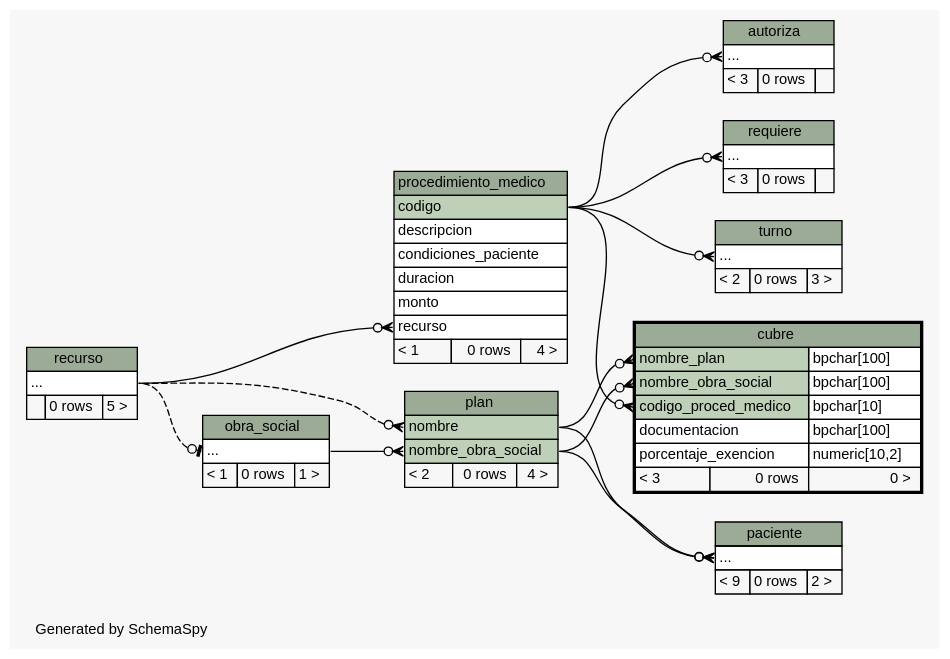
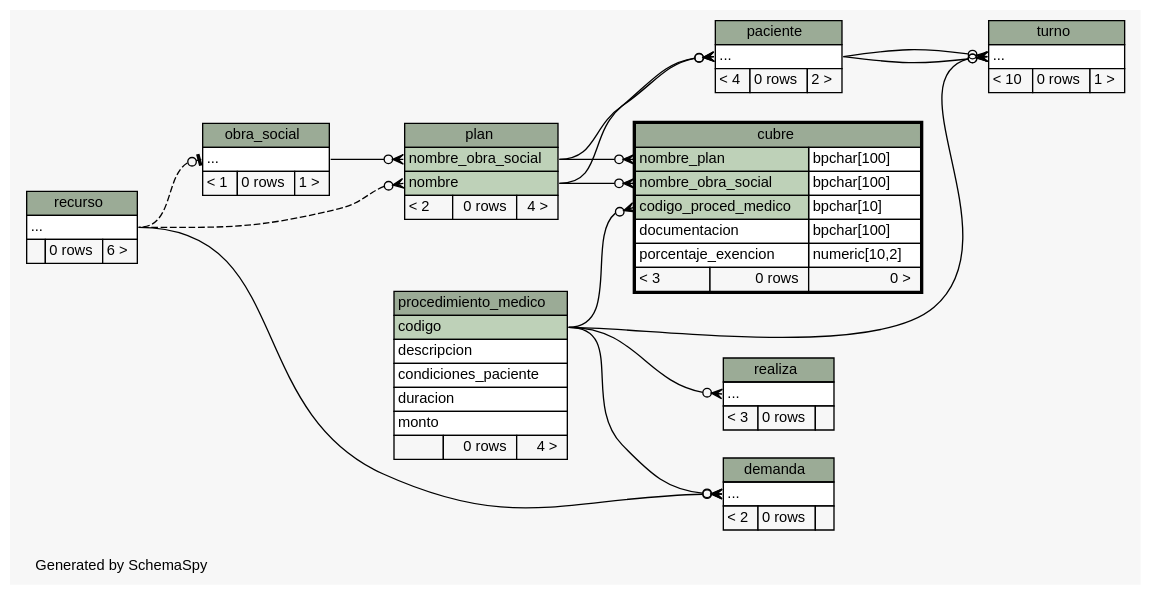
Before and after one commit to smpiano/bd-1cuat-2014-agenda-med: the diagram in tp1/build/schema/diagrams/cubre.implied2degrees.dot, drawn with Graphviz. The commit also changed 165 other files, not shown here.

```diff
--- a/tp1/build/schema/diagrams/cubre.implied2degrees.dot
+++ b/tp1/build/schema/diagrams/cubre.implied2degrees.dot
@@ -1,134 +1,135 @@
 // dot 2.26.3 on Linux 3.8.0-35-generic
 // SchemaSpy rev 590
 digraph "impliedTwoDegreesRelationshipsDiagram" {
   graph [
     rankdir="RL"
     bgcolor="#f7f7f7"
     label="\nGenerated by SchemaSpy"
     labeljust="l"
     nodesep="0.18"
     ranksep="0.46"
     fontname="Helvetica"
     fontsize="11"
   ];
   node [
     fontname="Helvetica"
     fontsize="11"
     shape="plaintext"
   ];
   edge [
     arrowsize="0.8"
   ];
-  "autoriza":"elipses":w -> "procedimiento_medico":"codigo":e [arrowhead=none dir=back arrowtail=crowodot];
   "cubre":"codigo_proced_medico":w -> "procedimiento_medico":"codigo":e [arrowhead=none dir=back arrowtail=crowodot];
-  "cubre":"nombre_obra_social":w -> "plan":"nombre_obra_social":e [arrowhead=none dir=back arrowtail=crowodot];
-  "cubre":"nombre_plan":w -> "plan":"nombre":e [arrowhead=none dir=back arrowtail=crowodot];
+  "cubre":"nombre_obra_social":w -> "plan":"nombre":e [arrowhead=none dir=back arrowtail=crowodot];
+  "cubre":"nombre_plan":w -> "plan":"nombre_obra_social":e [arrowhead=none dir=back arrowtail=crowodot];
+  "demanda":"elipses":w -> "procedimiento_medico":"codigo":e [arrowhead=none dir=back arrowtail=crowodot];
+  "demanda":"elipses":w -> "recurso":"elipses":e [arrowhead=none dir=back arrowtail=crowodot];
   "obra_social":"elipses":w -> "recurso":"elipses":e [arrowhead=none dir=back arrowtail=teeodot style=dashed];
+  "paciente":"elipses":w -> "plan":"nombre":e [arrowhead=none dir=back arrowtail=crowodot];
   "paciente":"elipses":w -> "plan":"nombre_obra_social":e [arrowhead=none dir=back arrowtail=crowodot];
-  "paciente":"elipses":w -> "plan":"nombre":e [arrowhead=none dir=back arrowtail=crowodot];
   "plan":"nombre":w -> "recurso":"elipses":e [arrowhead=none dir=back arrowtail=crowodot style=dashed];
   "plan":"nombre_obra_social":w -> "obra_social":"elipses":e [arrowhead=none dir=back arrowtail=crowodot];
-  "procedimiento_medico":"recurso":w -> "recurso":"elipses":e [arrowhead=none dir=back arrowtail=crowodot];
-  "requiere":"elipses":w -> "procedimiento_medico":"codigo":e [arrowhead=none dir=back arrowtail=crowodot];
+  "realiza":"elipses":w -> "procedimiento_medico":"codigo":e [arrowhead=none dir=back arrowtail=crowodot];
   "turno":"elipses":w -> "procedimiento_medico":"codigo":e [arrowhead=none dir=back arrowtail=crowodot];
-  "autoriza" [
-    label=<
-    <TABLE BORDER="0" CELLBORDER="1" CELLSPACING="0" BGCOLOR="#ffffff">
-      <TR><TD COLSPAN="3" BGCOLOR="#9bab96" ALIGN="CENTER">autoriza</TD></TR>
-      <TR><TD PORT="elipses" COLSPAN="3" ALIGN="LEFT">...</TD></TR>
-      <TR><TD ALIGN="LEFT" BGCOLOR="#f7f7f7">&lt; 3</TD><TD ALIGN="RIGHT" BGCOLOR="#f7f7f7">0 rows</TD><TD ALIGN="RIGHT" BGCOLOR="#f7f7f7">  </TD></TR>
-    </TABLE>>
-    URL="autoriza.html"
-    tooltip="autoriza"
-  ];
+  "turno":"elipses":w -> "paciente":"elipses":e [arrowhead=none dir=back arrowtail=crowodot];
+  "turno":"elipses":w -> "paciente":"elipses":e [arrowhead=none dir=back arrowtail=crowodot];
   "cubre" [
     label=<
     <TABLE BORDER="2" CELLBORDER="1" CELLSPACING="0" BGCOLOR="#ffffff">
       <TR><TD COLSPAN="3" BGCOLOR="#9bab96" ALIGN="CENTER">cubre</TD></TR>
       <TR><TD PORT="nombre_plan" COLSPAN="2" BGCOLOR="#bed1b8" ALIGN="LEFT">nombre_plan</TD><TD PORT="nombre_plan.type" ALIGN="LEFT">bpchar[100]</TD></TR>
       <TR><TD PORT="nombre_obra_social" COLSPAN="2" BGCOLOR="#bed1b8" ALIGN="LEFT">nombre_obra_social</TD><TD PORT="nombre_obra_social.type" ALIGN="LEFT">bpchar[100]</TD></TR>
       <TR><TD PORT="codigo_proced_medico" COLSPAN="2" BGCOLOR="#bed1b8" ALIGN="LEFT">codigo_proced_medico</TD><TD PORT="codigo_proced_medico.type" ALIGN="LEFT">bpchar[10]</TD></TR>
       <TR><TD PORT="documentacion" COLSPAN="2" ALIGN="LEFT">documentacion</TD><TD PORT="documentacion.type" ALIGN="LEFT">bpchar[100]</TD></TR>
       <TR><TD PORT="porcentaje_exencion" COLSPAN="2" ALIGN="LEFT">porcentaje_exencion</TD><TD PORT="porcentaje_exencion.type" ALIGN="LEFT">numeric[10,2]</TD></TR>
       <TR><TD ALIGN="LEFT" BGCOLOR="#f7f7f7">&lt; 3</TD><TD ALIGN="RIGHT" BGCOLOR="#f7f7f7">0 rows</TD><TD ALIGN="RIGHT" BGCOLOR="#f7f7f7">0 &gt;</TD></TR>
     </TABLE>>
     URL="cubre.html"
     tooltip="cubre"
+  ];
+  "demanda" [
+    label=<
+    <TABLE BORDER="0" CELLBORDER="1" CELLSPACING="0" BGCOLOR="#ffffff">
+      <TR><TD COLSPAN="3" BGCOLOR="#9bab96" ALIGN="CENTER">demanda</TD></TR>
+      <TR><TD PORT="elipses" COLSPAN="3" ALIGN="LEFT">...</TD></TR>
+      <TR><TD ALIGN="LEFT" BGCOLOR="#f7f7f7">&lt; 2</TD><TD ALIGN="RIGHT" BGCOLOR="#f7f7f7">0 rows</TD><TD ALIGN="RIGHT" BGCOLOR="#f7f7f7">  </TD></TR>
+    </TABLE>>
+    URL="demanda.html"
+    tooltip="demanda"
   ];
   "obra_social" [
     label=<
     <TABLE BORDER="0" CELLBORDER="1" CELLSPACING="0" BGCOLOR="#ffffff">
       <TR><TD COLSPAN="3" BGCOLOR="#9bab96" ALIGN="CENTER">obra_social</TD></TR>
       <TR><TD PORT="elipses" COLSPAN="3" ALIGN="LEFT">...</TD></TR>
       <TR><TD ALIGN="LEFT" BGCOLOR="#f7f7f7">&lt; 1</TD><TD ALIGN="RIGHT" BGCOLOR="#f7f7f7">0 rows</TD><TD ALIGN="RIGHT" BGCOLOR="#f7f7f7">1 &gt;</TD></TR>
     </TABLE>>
     URL="obra_social.html"
     tooltip="obra_social"
   ];
   "paciente" [
     label=<
     <TABLE BORDER="0" CELLBORDER="1" CELLSPACING="0" BGCOLOR="#ffffff">
       <TR><TD COLSPAN="3" BGCOLOR="#9bab96" ALIGN="CENTER">paciente</TD></TR>
       <TR><TD PORT="elipses" COLSPAN="3" ALIGN="LEFT">...</TD></TR>
-      <TR><TD ALIGN="LEFT" BGCOLOR="#f7f7f7">&lt; 9</TD><TD ALIGN="RIGHT" BGCOLOR="#f7f7f7">0 rows</TD><TD ALIGN="RIGHT" BGCOLOR="#f7f7f7">2 &gt;</TD></TR>
+      <TR><TD ALIGN="LEFT" BGCOLOR="#f7f7f7">&lt; 4</TD><TD ALIGN="RIGHT" BGCOLOR="#f7f7f7">0 rows</TD><TD ALIGN="RIGHT" BGCOLOR="#f7f7f7">2 &gt;</TD></TR>
     </TABLE>>
     URL="paciente.html"
     tooltip="paciente"
   ];
   "plan" [
     label=<
     <TABLE BORDER="0" CELLBORDER="1" CELLSPACING="0" BGCOLOR="#ffffff">
       <TR><TD COLSPAN="3" BGCOLOR="#9bab96" ALIGN="CENTER">plan</TD></TR>
+      <TR><TD PORT="nombre_obra_social" COLSPAN="3" BGCOLOR="#bed1b8" ALIGN="LEFT">nombre_obra_social</TD></TR>
       <TR><TD PORT="nombre" COLSPAN="3" BGCOLOR="#bed1b8" ALIGN="LEFT">nombre</TD></TR>
-      <TR><TD PORT="nombre_obra_social" COLSPAN="3" BGCOLOR="#bed1b8" ALIGN="LEFT">nombre_obra_social</TD></TR>
       <TR><TD ALIGN="LEFT" BGCOLOR="#f7f7f7">&lt; 2</TD><TD ALIGN="RIGHT" BGCOLOR="#f7f7f7">0 rows</TD><TD ALIGN="RIGHT" BGCOLOR="#f7f7f7">4 &gt;</TD></TR>
     </TABLE>>
     URL="plan.html"
     tooltip="plan"
   ];
   "procedimiento_medico" [
     label=<
     <TABLE BORDER="0" CELLBORDER="1" CELLSPACING="0" BGCOLOR="#ffffff">
       <TR><TD COLSPAN="3" BGCOLOR="#9bab96" ALIGN="CENTER">procedimiento_medico</TD></TR>
       <TR><TD PORT="codigo" COLSPAN="3" BGCOLOR="#bed1b8" ALIGN="LEFT">codigo</TD></TR>
       <TR><TD PORT="descripcion" COLSPAN="3" ALIGN="LEFT">descripcion</TD></TR>
       <TR><TD PORT="condiciones_paciente" COLSPAN="3" ALIGN="LEFT">condiciones_paciente</TD></TR>
       <TR><TD PORT="duracion" COLSPAN="3" ALIGN="LEFT">duracion</TD></TR>
       <TR><TD PORT="monto" COLSPAN="3" ALIGN="LEFT">monto</TD></TR>
-      <TR><TD PORT="recurso" COLSPAN="3" ALIGN="LEFT">recurso</TD></TR>
-      <TR><TD ALIGN="LEFT" BGCOLOR="#f7f7f7">&lt; 1</TD><TD ALIGN="RIGHT" BGCOLOR="#f7f7f7">0 rows</TD><TD ALIGN="RIGHT" BGCOLOR="#f7f7f7">4 &gt;</TD></TR>
+      <TR><TD ALIGN="LEFT" BGCOLOR="#f7f7f7">  </TD><TD ALIGN="RIGHT" BGCOLOR="#f7f7f7">0 rows</TD><TD ALIGN="RIGHT" BGCOLOR="#f7f7f7">4 &gt;</TD></TR>
     </TABLE>>
     URL="procedimiento_medico.html"
     tooltip="procedimiento_medico"
+  ];
+  "realiza" [
+    label=<
+    <TABLE BORDER="0" CELLBORDER="1" CELLSPACING="0" BGCOLOR="#ffffff">
+      <TR><TD COLSPAN="3" BGCOLOR="#9bab96" ALIGN="CENTER">realiza</TD></TR>
+      <TR><TD PORT="elipses" COLSPAN="3" ALIGN="LEFT">...</TD></TR>
+      <TR><TD ALIGN="LEFT" BGCOLOR="#f7f7f7">&lt; 3</TD><TD ALIGN="RIGHT" BGCOLOR="#f7f7f7">0 rows</TD><TD ALIGN="RIGHT" BGCOLOR="#f7f7f7">  </TD></TR>
+    </TABLE>>
+    URL="realiza.html"
+    tooltip="realiza"
   ];
   "recurso" [
     label=<
     <TABLE BORDER="0" CELLBORDER="1" CELLSPACING="0" BGCOLOR="#ffffff">
       <TR><TD COLSPAN="3" BGCOLOR="#9bab96" ALIGN="CENTER">recurso</TD></TR>
       <TR><TD PORT="elipses" COLSPAN="3" ALIGN="LEFT">...</TD></TR>
-      <TR><TD ALIGN="LEFT" BGCOLOR="#f7f7f7">  </TD><TD ALIGN="RIGHT" BGCOLOR="#f7f7f7">0 rows</TD><TD ALIGN="RIGHT" BGCOLOR="#f7f7f7">5 &gt;</TD></TR>
+      <TR><TD ALIGN="LEFT" BGCOLOR="#f7f7f7">  </TD><TD ALIGN="RIGHT" BGCOLOR="#f7f7f7">0 rows</TD><TD ALIGN="RIGHT" BGCOLOR="#f7f7f7">6 &gt;</TD></TR>
     </TABLE>>
     URL="recurso.html"
     tooltip="recurso"
-  ];
-  "requiere" [
-    label=<
-    <TABLE BORDER="0" CELLBORDER="1" CELLSPACING="0" BGCOLOR="#ffffff">
-      <TR><TD COLSPAN="3" BGCOLOR="#9bab96" ALIGN="CENTER">requiere</TD></TR>
-      <TR><TD PORT="elipses" COLSPAN="3" ALIGN="LEFT">...</TD></TR>
-      <TR><TD ALIGN="LEFT" BGCOLOR="#f7f7f7">&lt; 3</TD><TD ALIGN="RIGHT" BGCOLOR="#f7f7f7">0 rows</TD><TD ALIGN="RIGHT" BGCOLOR="#f7f7f7">  </TD></TR>
-    </TABLE>>
-    URL="requiere.html"
-    tooltip="requiere"
   ];
   "turno" [
     label=<
     <TABLE BORDER="0" CELLBORDER="1" CELLSPACING="0" BGCOLOR="#ffffff">
       <TR><TD COLSPAN="3" BGCOLOR="#9bab96" ALIGN="CENTER">turno</TD></TR>
       <TR><TD PORT="elipses" COLSPAN="3" ALIGN="LEFT">...</TD></TR>
-      <TR><TD ALIGN="LEFT" BGCOLOR="#f7f7f7">&lt; 2</TD><TD ALIGN="RIGHT" BGCOLOR="#f7f7f7">0 rows</TD><TD ALIGN="RIGHT" BGCOLOR="#f7f7f7">3 &gt;</TD></TR>
+      <TR><TD ALIGN="LEFT" BGCOLOR="#f7f7f7">&lt; 10</TD><TD ALIGN="RIGHT" BGCOLOR="#f7f7f7">0 rows</TD><TD ALIGN="RIGHT" BGCOLOR="#f7f7f7">1 &gt;</TD></TR>
     </TABLE>>
     URL="turno.html"
     tooltip="turno"
   ];
 }
```
